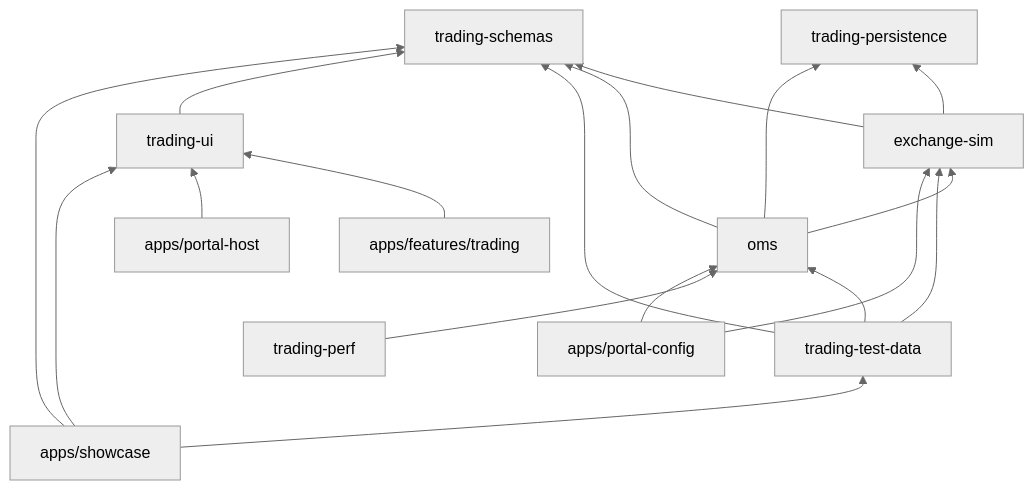
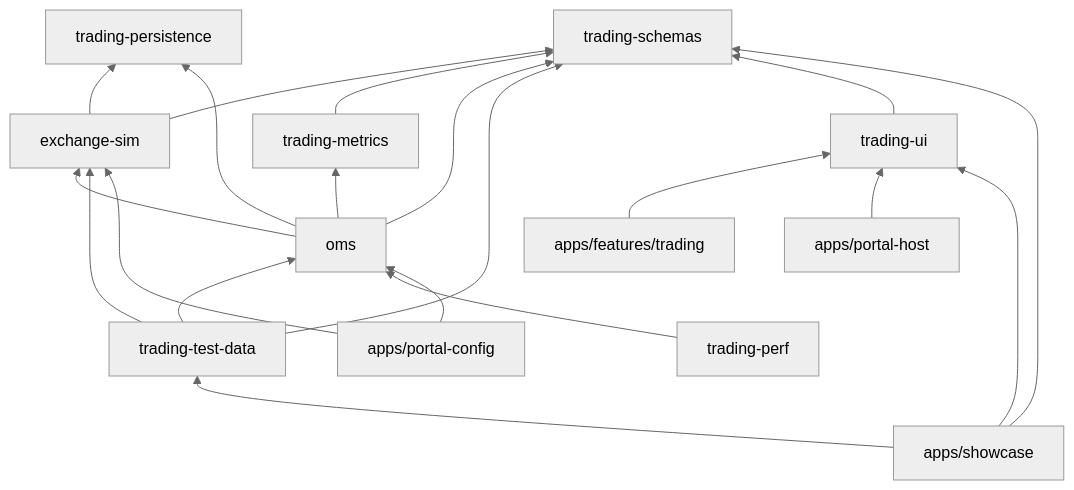
The seventh of 7 diagrams in docs/architecture.md (heswell/trader), drawn with Mermaid (neutral theme) before and after one commit. The commit also changed other lines of this file and 34 other files, not shown here.

````diff
--- a/docs/architecture.md
+++ b/docs/architecture.md
@@ -242,14 +242,15 @@
 ```mermaid
 flowchart BT
   schemas["trading-schemas"]
   persistence["trading-persistence"]
   sim["exchange-sim"] --> schemas & persistence
-  oms["oms"] --> sim & schemas & persistence
+  metrics["trading-metrics"] --> schemas
+  oms["oms"] --> sim & schemas & persistence & metrics
   testdata["trading-test-data"] --> sim & oms & schemas
   ui["trading-ui"] --> schemas
   perf["trading-perf"] --> oms
   features["apps/features/trading"] --> ui
   host["apps/portal-host"] --> ui
   showcase["apps/showcase"] --> ui & testdata & schemas
   config["apps/portal-config"] --> sim & oms
 ```
````
